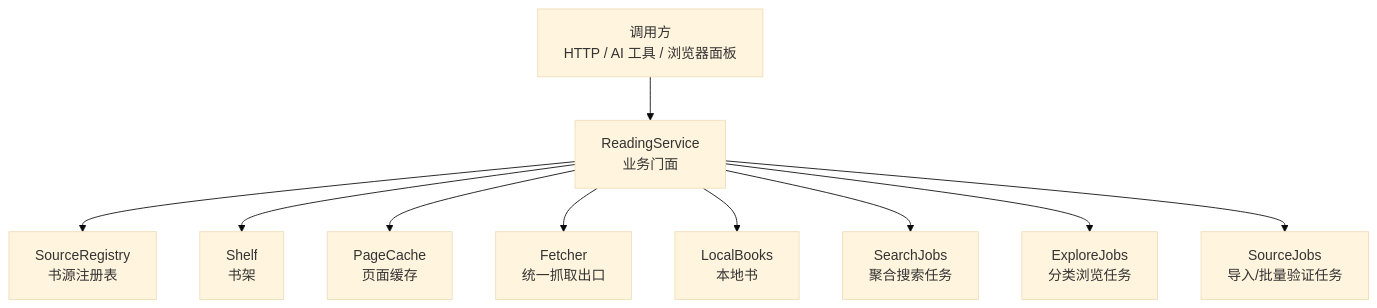
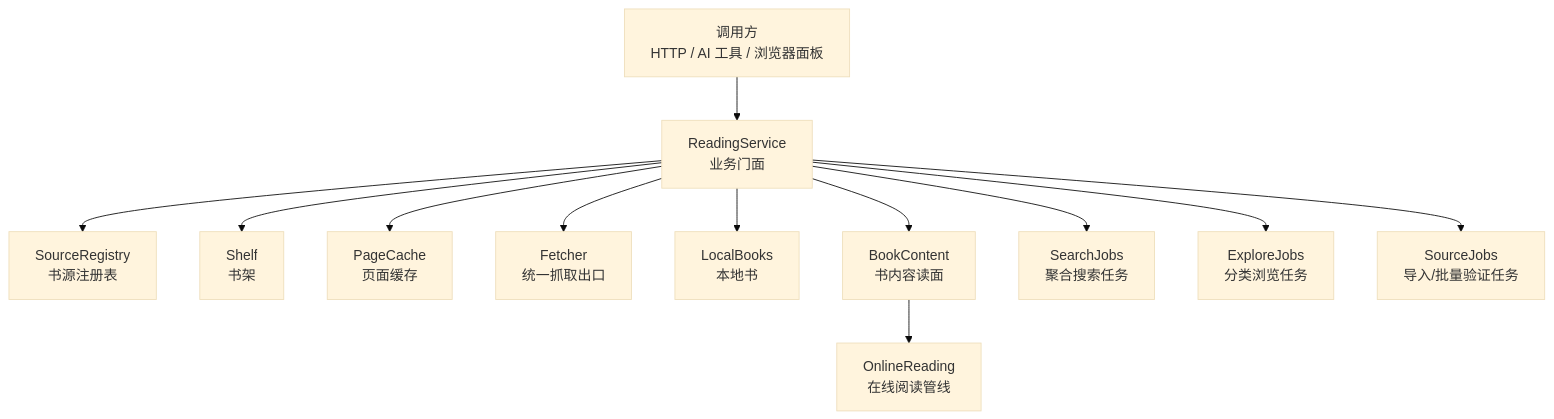
One commit to xrn1997/dsh-novel changed the first of 12 diagrams in .qoder/repowiki/zh/content/核心模块详解/阅读服务门面.md. Above: the diagram before and after it, drawn with Mermaid (base theme). The commit also changed other lines of this file and 30 other files, not shown here.

````diff
--- a/.qoder/repowiki/zh/content/核心模块详解/阅读服务门面.md
+++ b/.qoder/repowiki/zh/content/核心模块详解/阅读服务门面.md
@@ -39,12 +61,14 @@
 ```mermaid
 graph TB
   Client["调用方<br/>HTTP / AI 工具 / 浏览器面板"] --> Reading["ReadingService<br/>业务门面"]
   Reading --> Registry["SourceRegistry<br/>书源注册表"]
   Reading --> Shelf["Shelf<br/>书架"]
   Reading --> Cache["PageCache<br/>页面缓存"]
   Reading --> Fetcher["Fetcher<br/>统一抓取出口"]
   Reading --> Local["LocalBooks<br/>本地书"]
+  Reading --> Content["BookContent<br/>书内容读面"]
+  Content --> Online["OnlineReading<br/>在线阅读管线"]
   Reading --> SearchJobs["SearchJobs<br/>聚合搜索任务"]
   Reading --> ExploreJobs["ExploreJobs<br/>分类浏览任务"]
   Reading --> SourceJobs["SourceJobs<br/>导入/批量验证任务"]
 ```
````
